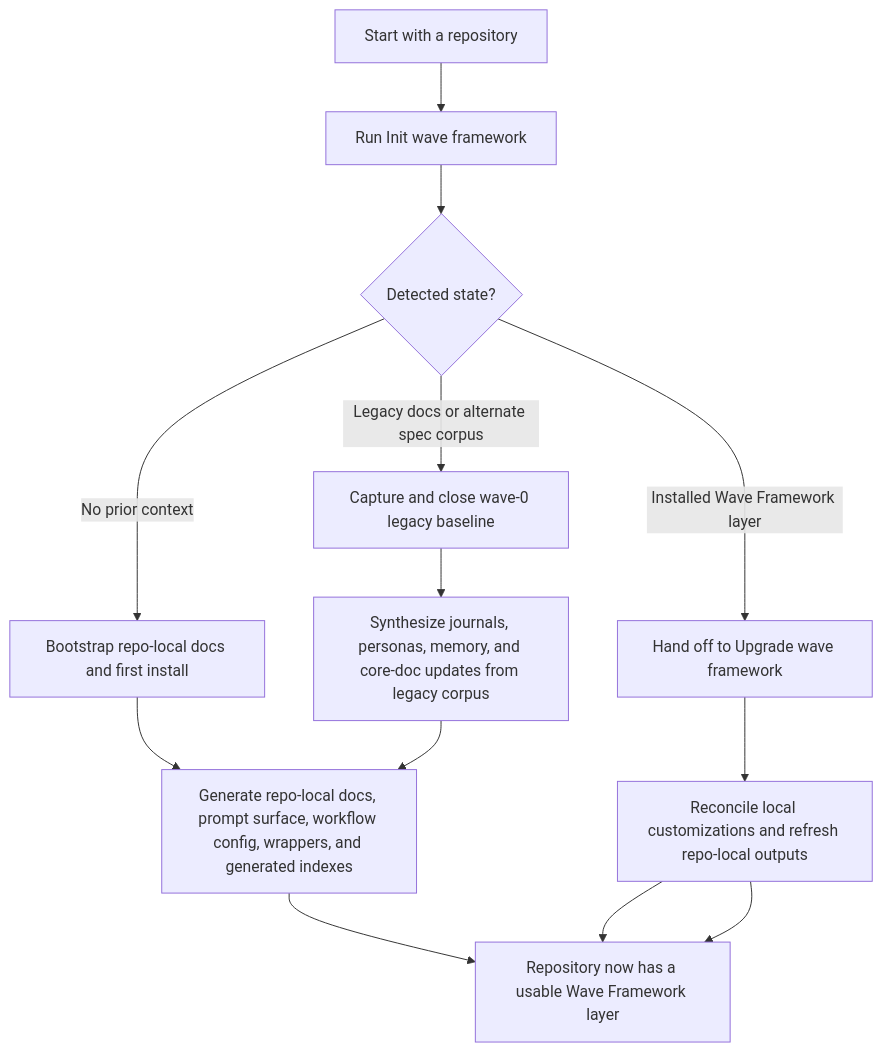
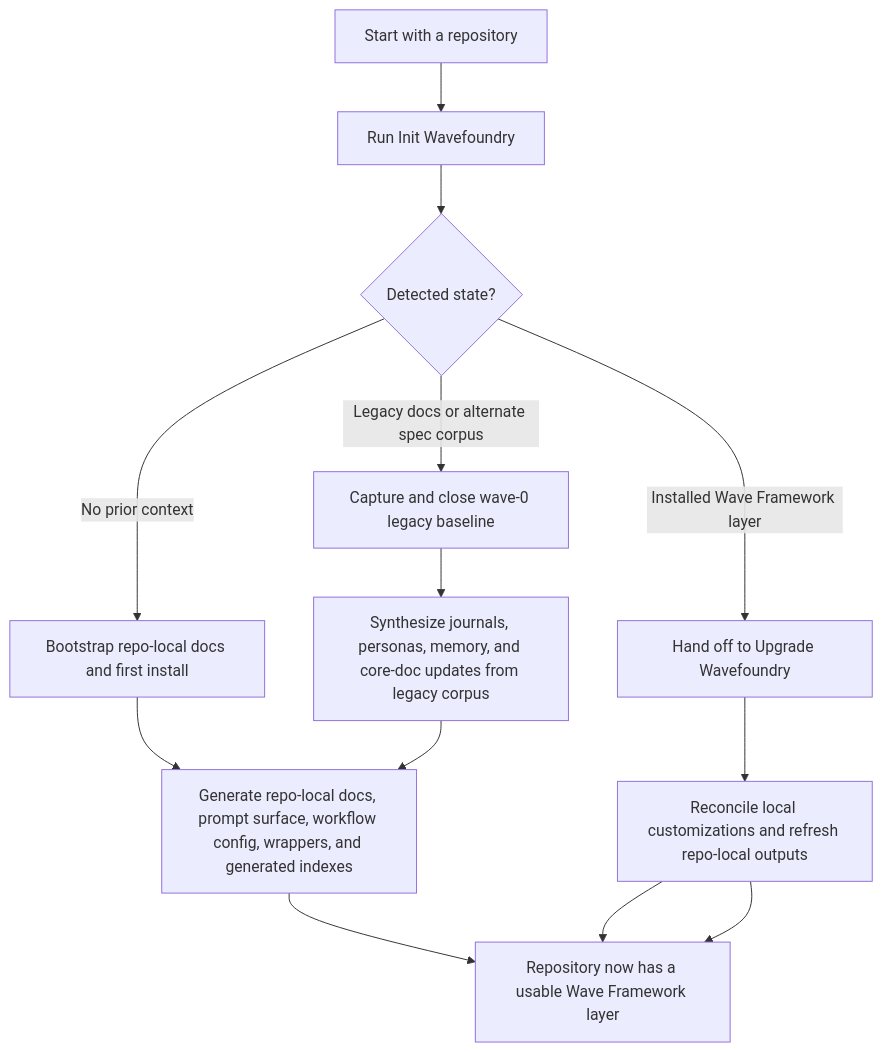
Before and after one commit to coryhacking/wavefoundry: the diagram in .wavefoundry/framework/seeds/002-wave-framework-seeding-overview.md, drawn with Mermaid. The commit also changed other lines of this file and 32 other files, not shown here.

First line of the commit message:
Standardize lifecycle shortcut phrases to Install/Init/Upgrade/Package Wavefoundry

````diff
--- a/.wavefoundry/framework/seeds/002-wave-framework-seeding-overview.md
+++ b/.wavefoundry/framework/seeds/002-wave-framework-seeding-overview.md
@@ -109,15 +109,15 @@
 ```mermaid
 flowchart TD
-    A[Start with a repository] --> B[Run Init wave framework]
+    A[Start with a repository] --> B[Run Init Wavefoundry]
     B --> C{Detected state?}
     C -->|No prior context| D[Bootstrap repo-local docs and first install]
     C -->|Legacy docs or alternate spec corpus| E[Capture and close wave-0 legacy baseline]
-    C -->|Installed Wave Framework layer| F[Hand off to Upgrade wave framework]
+    C -->|Installed Wave Framework layer| F[Hand off to Upgrade Wavefoundry]
     D --> G[Generate repo-local docs, prompt surface, workflow config, wrappers, and generated indexes]
     E --> H[Synthesize journals, personas, memory, and core-doc updates from legacy corpus]
     H --> G
     F --> I[Reconcile local customizations and refresh repo-local outputs]
     G --> J[Run docs gate and verify outputs]
     I --> J
     I --> J[Repository now has a usable Wave Framework layer]
 ```
````
